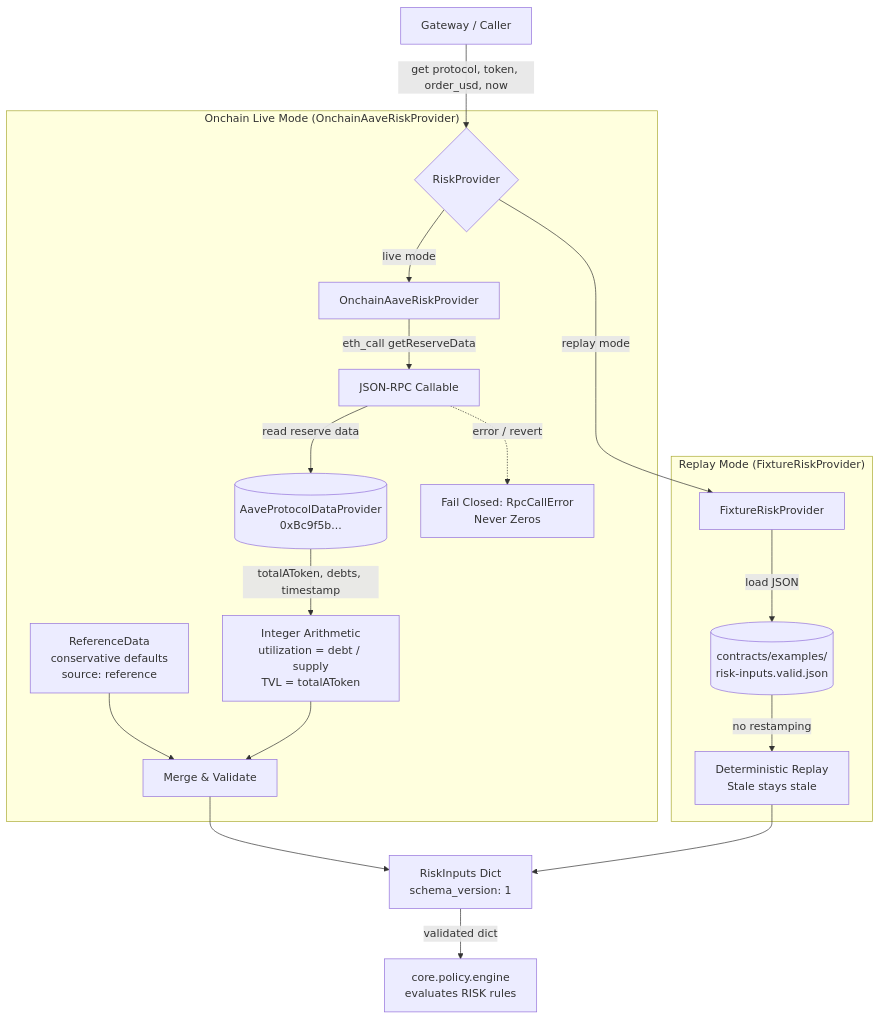
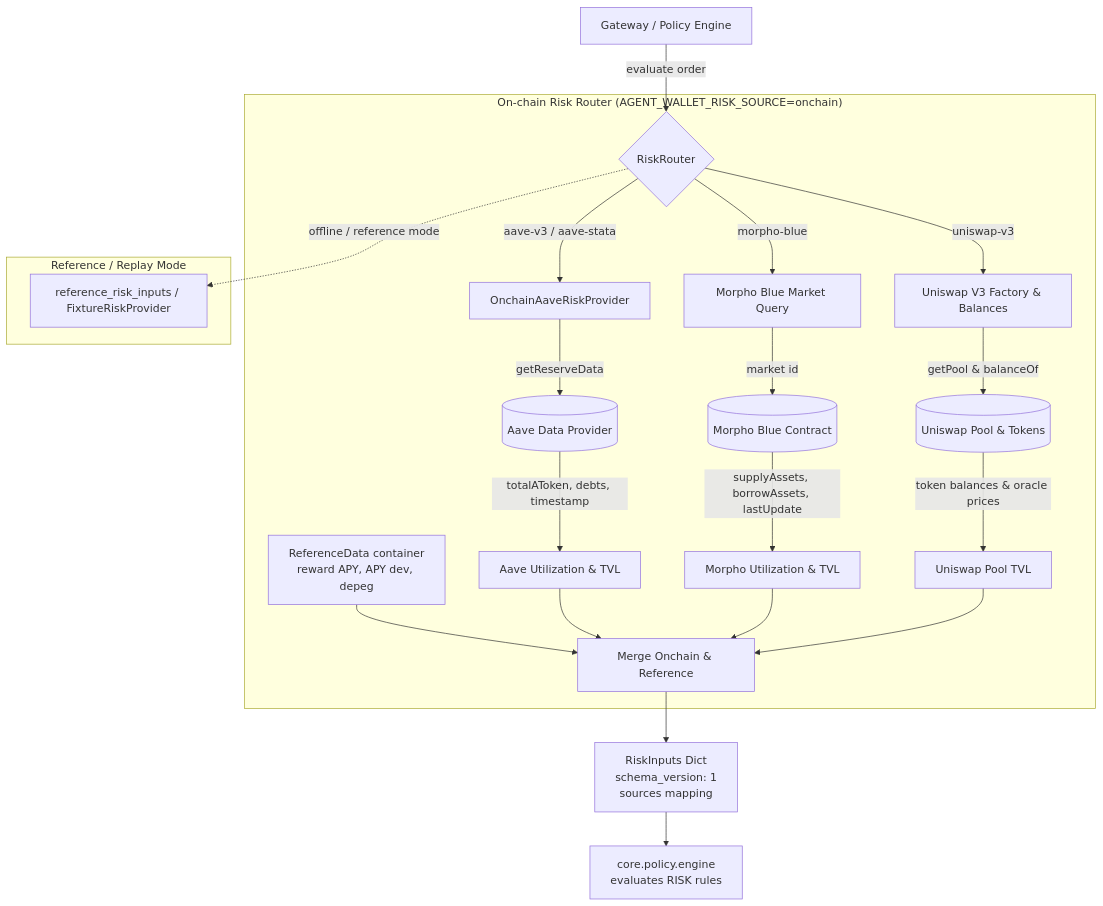
Before and after one commit to thaicuong576/agent-wallet: the first of 2 diagrams in docs/architecture/risk-inputs.md, drawn with Mermaid. The commit also changed other lines of this file and 13 other files, not shown here.

First line of the commit message:
feat(risk): per-protocol on-chain risk inputs router (closes #147) (#150)

````diff
--- a/docs/architecture/risk-inputs.md
+++ b/docs/architecture/risk-inputs.md
@@ -16,24 +24,30 @@
 ```mermaid
 flowchart TD
-    GW[Gateway / Caller] -->|get protocol, token, order_usd, now| RP{RiskProvider}
+    GW[Gateway / Policy Engine] -->|evaluate order| RR{RiskRouter}
     
-    subgraph LiveMode ["Onchain Live Mode (OnchainAaveRiskProvider)"]
-        RP -->|live mode| OA[OnchainAaveRiskProvider]
-        OA -->|eth_call getReserveData| RPC[JSON-RPC Callable]
-        RPC -->|read reserve data| AAVE[(AaveProtocolDataProvider<br/>0xBc9f5b...)]
-        RPC -.->|error / revert| ERR[Fail Closed: RpcCallError<br/>Never Zeros]
-        AAVE -->|totalAToken, debts, timestamp| MATH[Integer Arithmetic<br/>utilization = debt / supply<br/>TVL = totalAToken]
-        REF[ReferenceData<br/>conservative defaults<br/>source: reference] --> MERGE[Merge & Validate]
-        MATH --> MERGE
+    subgraph LiveRouting ["On-chain Risk Router (AGENT_WALLET_RISK_SOURCE=onchain)"]
+        RR -->|aave-v3 / aave-stata| OA[OnchainAaveRiskProvider]
+        RR -->|morpho-blue| MB[Morpho Blue Market Query]
+        RR -->|uniswap-v3| UV[Uniswap V3 Factory & Balances]
+        
+        OA -->|getReserveData| AAVE[(Aave Data Provider)]
+        MB -->|market id| MORPHO[(Morpho Blue Contract)]
+        UV -->|getPool & balanceOf| UNI[(Uniswap Pool & Tokens)]
+        
+        AAVE -->|totalAToken, debts, timestamp| CALC1[Aave Utilization & TVL]
+        MORPHO -->|supplyAssets, borrowAssets, lastUpdate| CALC2[Morpho Utilization & TVL]
+        UNI -->|token balances & oracle prices| CALC3[Uniswap Pool TVL]
+        
+        REF[ReferenceData container<br/>reward APY, APY dev, depeg] --> MERGE[Merge Onchain & Reference]
+        CALC1 --> MERGE
+        CALC2 --> MERGE
+        CALC3 --> MERGE
     end
-
-    subgraph ReplayMode ["Replay Mode (FixtureRiskProvider)"]
-        RP -->|replay mode| FIX[FixtureRiskProvider]
-        FIX -->|load JSON| DISK[(contracts/examples/<br/>risk-inputs.valid.json)]
-        DISK -->|no restamping| DET[Deterministic Replay<br/>Stale stays stale]
+    
+    subgraph OfflineMode ["Reference / Replay Mode"]
+        RR -.->|offline / reference mode| FIX[reference_risk_inputs / FixtureRiskProvider]
     end
-
-    MERGE --> OUT[RiskInputs Dict<br/>schema_version: 1]
-    DET --> OUT
-    OUT -->|validated dict| PE[core.policy.engine<br/>evaluates RISK rules]
+    
+    MERGE --> OUT[RiskInputs Dict<br/>schema_version: 1<br/>sources mapping]
+    OUT --> PE[core.policy.engine<br/>evaluates RISK rules]
 ```
````
